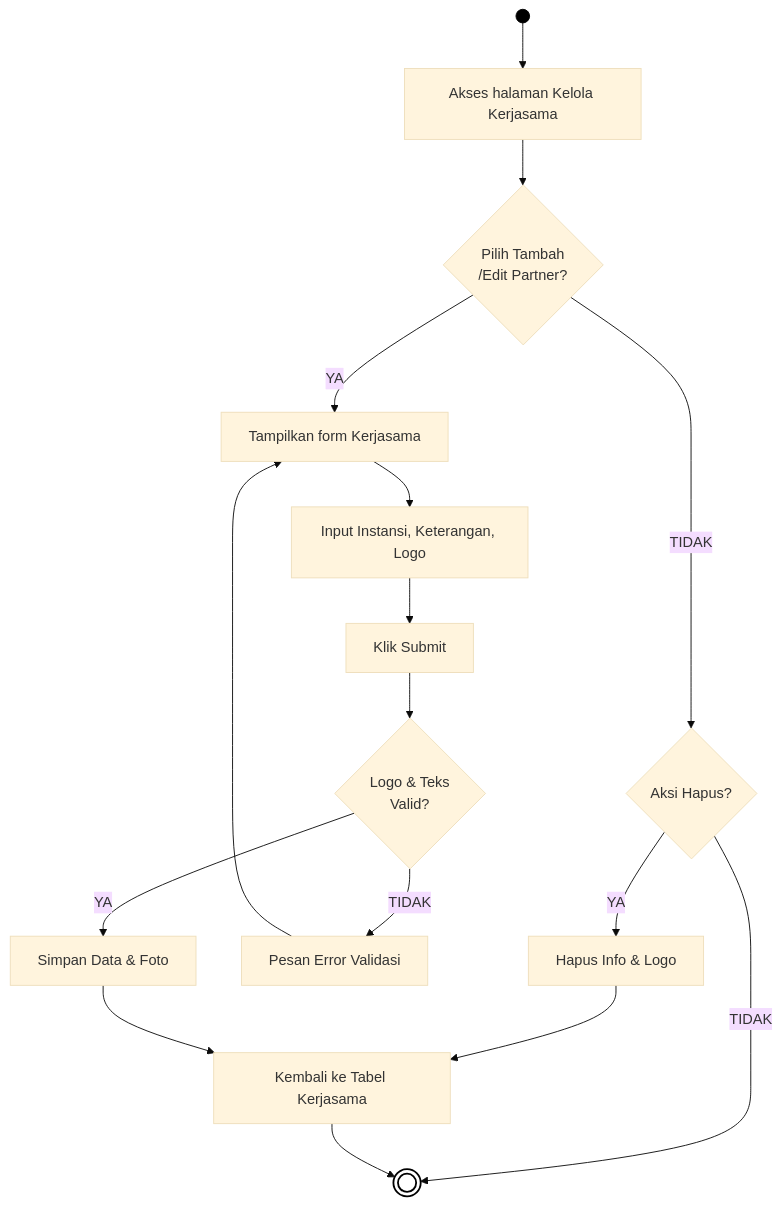
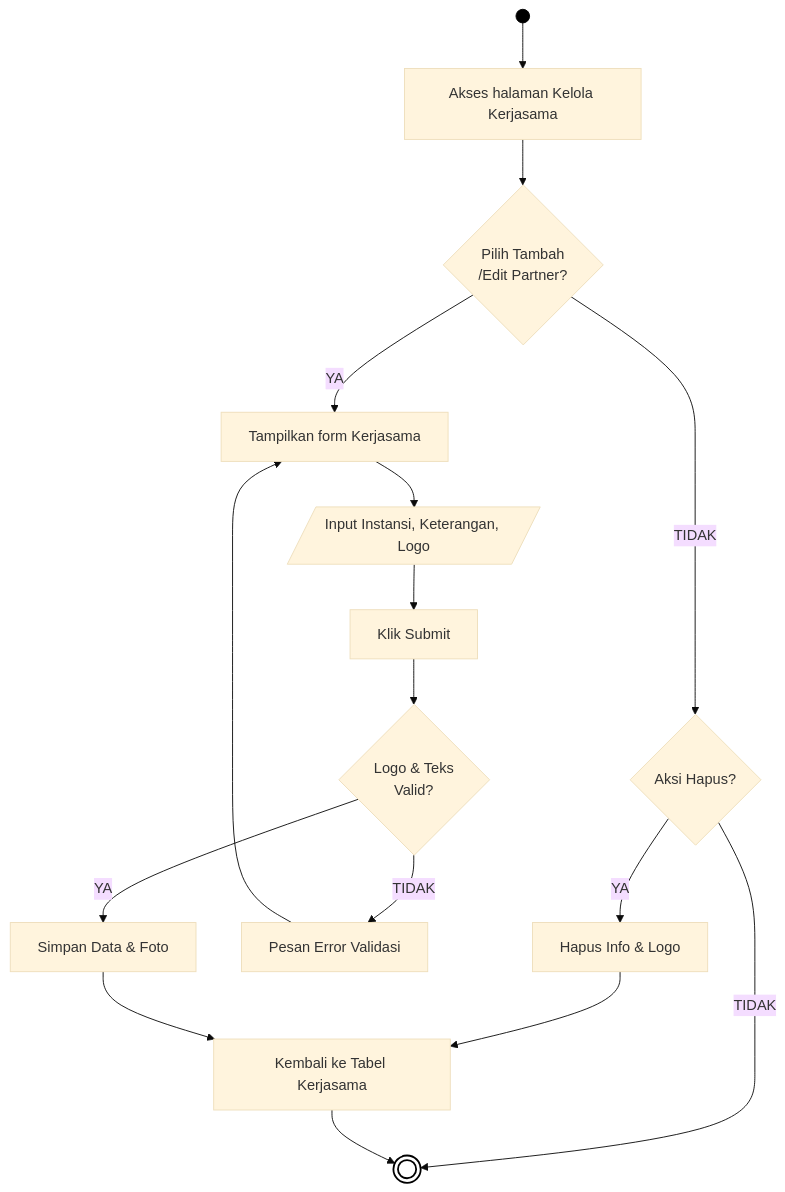
Diagram 13 of 21 in docs/01_DIAGRAM_AKTIVITAS.md (arbain-dev/Web_fikom), drawn with Mermaid (base theme) before and after one commit. The commit also changed other lines of this file and 2 other files, not shown here.

Commit message:
docs: perbaiki bentuk IO pada flowchart

````diff
--- a/docs/01_DIAGRAM_AKTIVITAS.md
+++ b/docs/01_DIAGRAM_AKTIVITAS.md
@@ -424,26 +424,26 @@
 ```mermaid
 flowchart TD
     Start(( )) --> A[Akses halaman Kelola Kerjasama]
     
     A --> B{Pilih Tambah\n/Edit Partner?}
     
     B -- TIDAK --> Hapus{Aksi Hapus?}
     Hapus -- YA --> HC[Hapus Info & Logo]
     Hapus -- TIDAK --> End((( )))
     HC --> I[Kembali ke Tabel Kerjasama]
     
     B -- YA --> C[Tampilkan form Kerjasama]
-    C --> D[Input Instansi, Keterangan, Logo]
+    C --> D[/Input Instansi, Keterangan, Logo/]
     D --> E[Klik Submit]
     
     E --> F{Logo & Teks\nValid?}
     F -- TIDAK --> G[Pesan Error Validasi]
     G --> C
     
     F -- YA --> H[Simpan Data & Foto]
     H --> I
     I --> End
     
     style Start fill:#000,stroke:#000,color:#000
     style End fill:#fff,stroke:#000,stroke-width:2px
 ```
````
